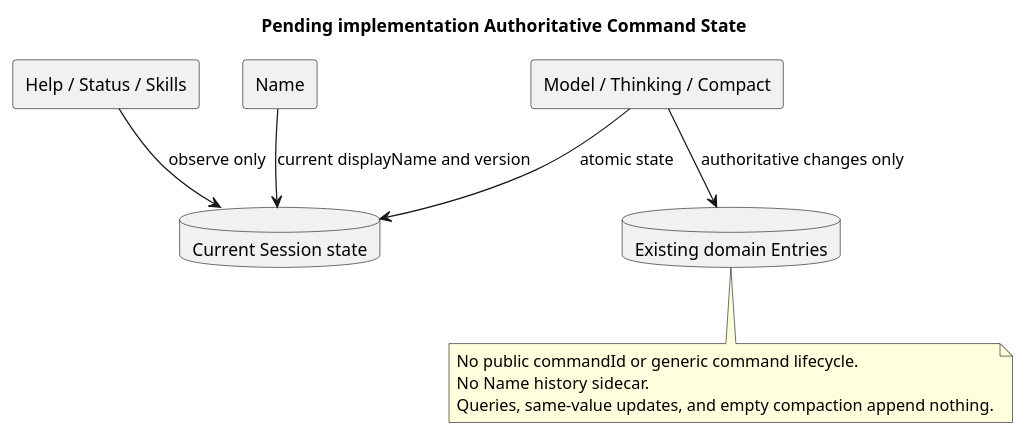
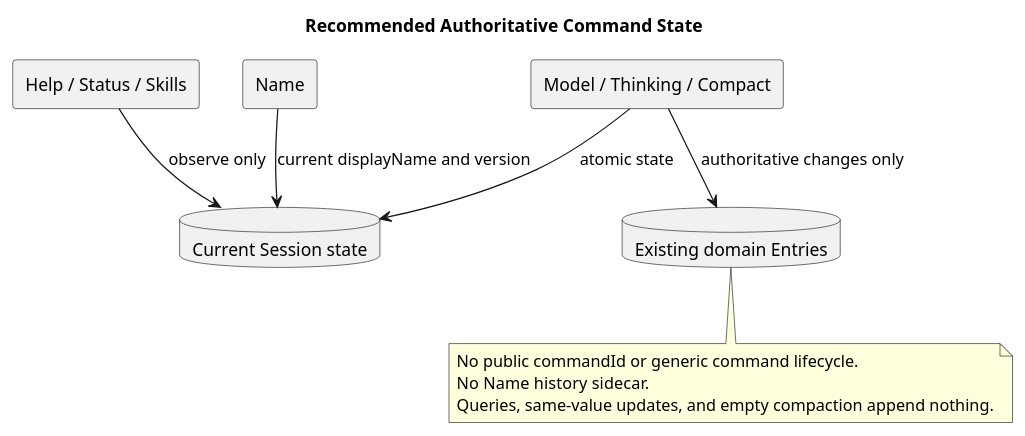
The third of 4 diagrams in 04-命令与技能/00-Slash-Command通用模块/设计图/diagram.puml (ssm0808/pi-mono-java-design), drawn with PlantUML before and after one commit. The commit also changed other lines of this file and 20 other files, not shown here.

```diff
--- a/04-命令与技能/00-Slash-Command通用模块/设计图/diagram.puml
+++ b/04-命令与技能/00-Slash-Command通用模块/设计图/diagram.puml
@@ -74,20 +74,20 @@
 @startuml authoritative_command_state
-title Pending implementation Authoritative Command State
+title Recommended Authoritative Command State
 ' Source evidence: pi-mono-java@d84dd3d6 modules/coding-agent-cli/src/main/resources/db/gaussdb/install/session_schema.sql t_sessions.
 ' Architecture change: current name and existing domain entries replace generic command history.
 skinparam shadowing false
 rectangle "Help / Status / Skills" as Read
 rectangle Name
 rectangle "Model / Thinking / Compact" as Domain
 database "Current Session state" as Session
 database "Existing domain Entries" as Entries
 Read --> Session : observe only
 Name --> Session : current displayName and version
 Domain --> Session : atomic state
 Domain --> Entries : authoritative changes only
 note bottom
 No public commandId or generic command lifecycle.
 No Name history sidecar.
 Queries, same-value updates, and empty compaction append nothing.
 end note
 @enduml
```
